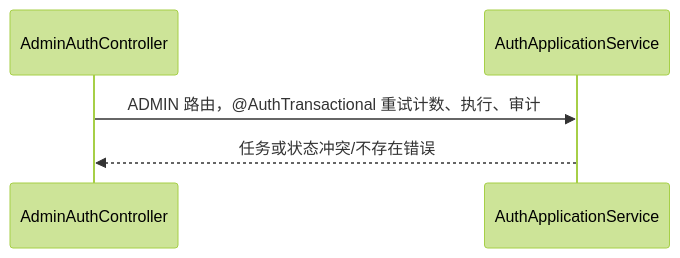
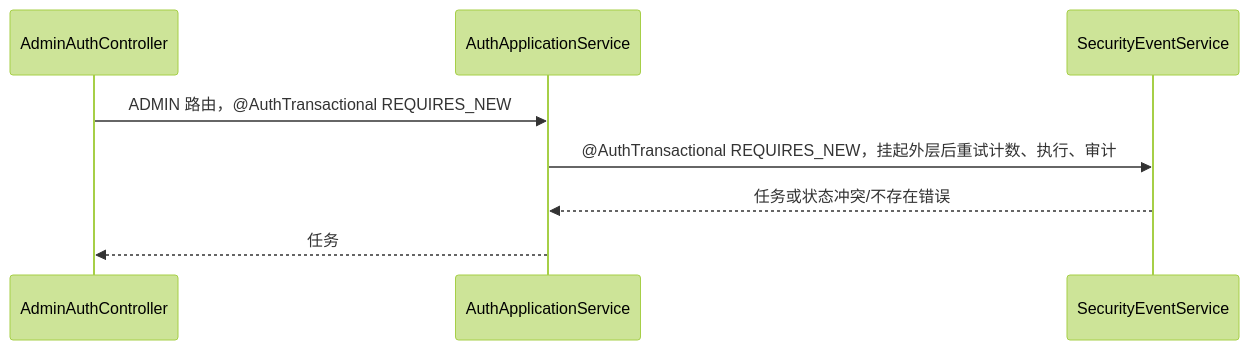
Diagram 17 of 33 in docs/requirements/operations.md (Kylinlixd/suno), drawn with Mermaid (forest theme) before and after one commit. The commit also changed other lines of this file and 2 other files, not shown here.

Commit message:
docs: clarify identity and operations transaction flows

````diff
--- a/docs/requirements/operations.md
+++ b/docs/requirements/operations.md
@@ -166,7 +184,10 @@
 ```mermaid
 sequenceDiagram
   participant C as AdminAuthController#retrySecurityEventsExportTask
   participant A as AuthApplicationService#retrySecurityExportTask
-  C->>A: ADMIN 路由，@AuthTransactional 重试计数、执行、审计
-  A-->>C: 任务或状态冲突/不存在错误
+  participant S as SecurityEventService#retrySecurityExportTask
+  C->>A: ADMIN 路由，@AuthTransactional REQUIRES_NEW
+  A->>S: @AuthTransactional REQUIRES_NEW，挂起外层后重试计数、执行、审计
+  S-->>A: 任务或状态冲突/不存在错误
+  A-->>C: 任务
 ```
````
